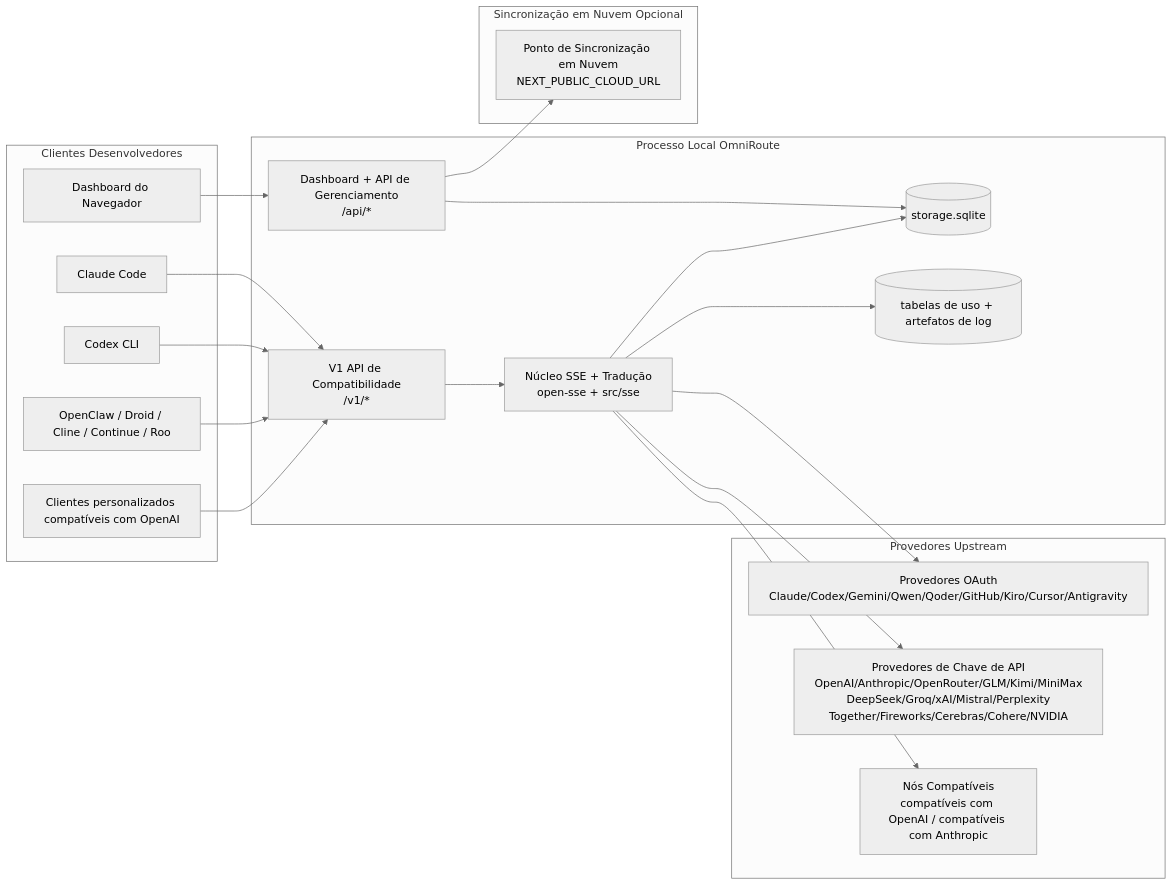
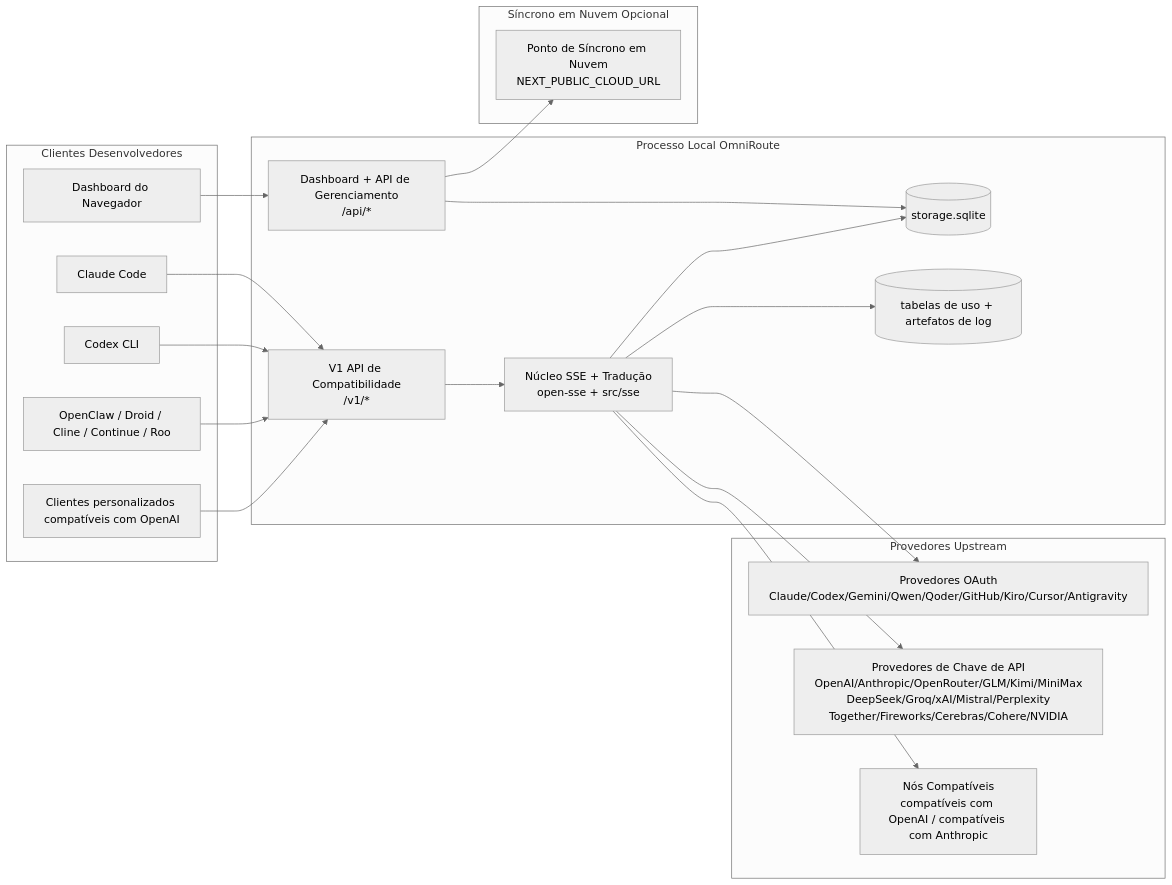
The first of 7 diagrams in apps/omniroute/docs/i18n/pt-BR/docs/architecture/ARCHITECTURE.md (innotelinc/jesus), drawn with Mermaid (neutral theme) before and after one commit. The commit also changed other lines of this file and 1 other file, not shown here.

First line of the commit message:
fix(i18n): refresh translation state hash for architecture/ARCHITECTURE.md

````diff
--- a/apps/omniroute/docs/i18n/pt-BR/docs/architecture/ARCHITECTURE.md
+++ b/apps/omniroute/docs/i18n/pt-BR/docs/architecture/ARCHITECTURE.md
@@ -157,45 +167,45 @@
 ```mermaid
 flowchart LR
     subgraph Clients[Clientes Desenvolvedores]
         C1[Claude Code]
         C2[Codex CLI]
         C3[OpenClaw / Droid / Cline / Continue / Roo]
         C4[Clientes personalizados compatíveis com OpenAI]
         BROWSER[Dashboard do Navegador]
     end
 
     subgraph Router[Processo Local OmniRoute]
         API[V1 API de Compatibilidade\n/v1/*]
         DASH[Dashboard + API de Gerenciamento\n/api/*]
         CORE[Núcleo SSE + Tradução\nopen-sse + src/sse]
         DB[(storage.sqlite)]
         UDB[(tabelas de uso + artefatos de log)]
     end
 
     subgraph Upstreams[Provedores Upstream]
         P1[Provedores OAuth\nClaude/Codex/Gemini/Qwen/Qoder/GitHub/Kiro/Cursor/Antigravity]
         P2[Provedores de Chave de API\nOpenAI/Anthropic/OpenRouter/GLM/Kimi/MiniMax\nDeepSeek/Groq/xAI/Mistral/Perplexity\nTogether/Fireworks/Cerebras/Cohere/NVIDIA]
         P3[Nós Compatíveis\ncompatíveis com OpenAI / compatíveis com Anthropic]
     end
 
-    subgraph Cloud[Sincronização em Nuvem Opcional]
-        CLOUD[Ponto de Sincronização em Nuvem\nNEXT_PUBLIC_CLOUD_URL]
+    subgraph Cloud[Síncrono em Nuvem Opcional]
+        CLOUD[Ponto de Síncrono em Nuvem\nNEXT_PUBLIC_CLOUD_URL]
     end
 
     C1 --> API
     C2 --> API
     C3 --> API
     C4 --> API
     BROWSER --> DASH
 
     API --> CORE
     DASH --> DB
     CORE --> DB
     CORE --> UDB
 
     CORE --> P1
     CORE --> P2
     CORE --> P3
 
     DASH --> CLOUD
 ```
````
